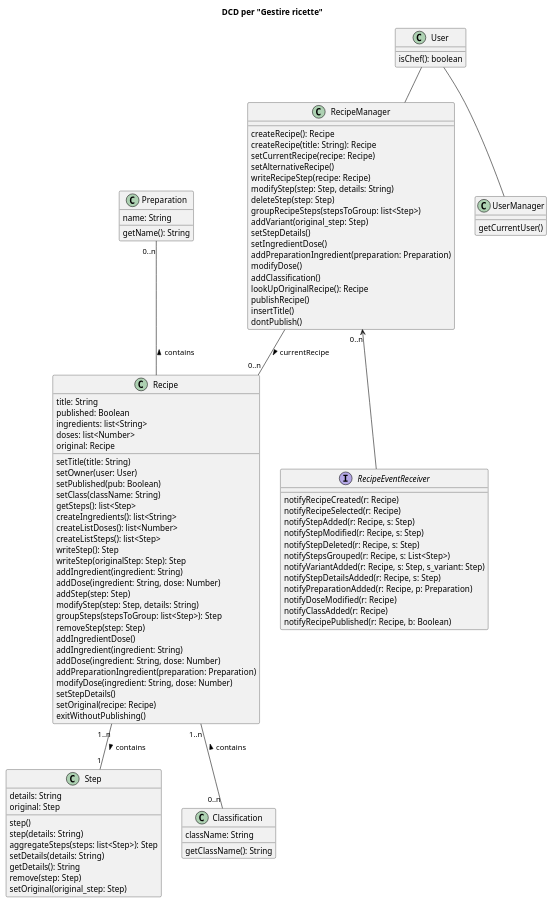
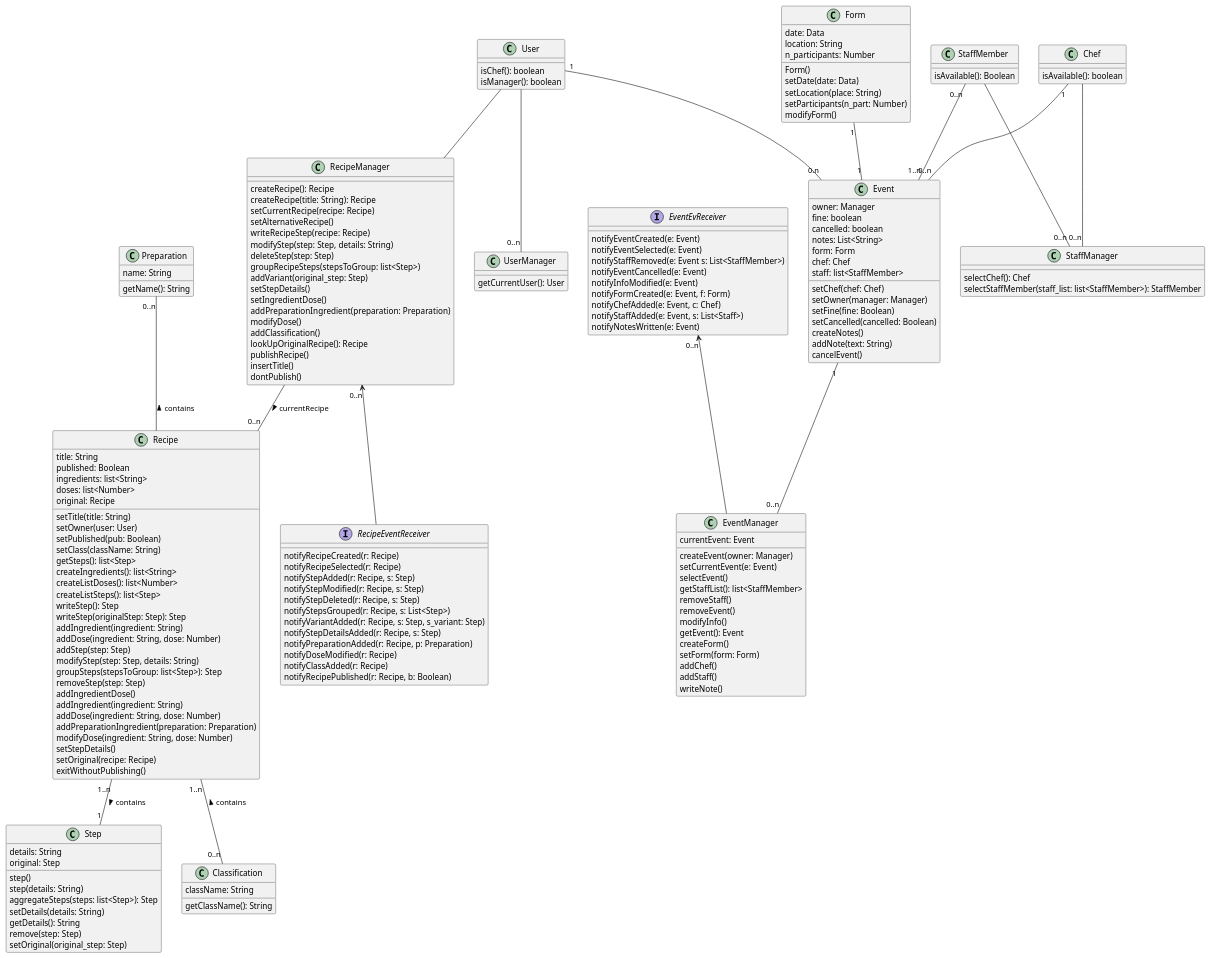
Before and after one commit to m0canu1/sas: the diagram in dcd/dcd-ricette.md, drawn with PlantUML. The commit also changed 21 other files, not shown here.

````diff
--- a/dcd/dcd-ricette.md
+++ b/dcd/dcd-ricette.md
@@ -1,5 +1,4 @@
 ```plantuml
-title: DCD per "Gestire ricette"
 Interface RecipeEventReceiver {
     notifyRecipeCreated(r: Recipe)
     notifyRecipeSelected(r: Recipe)
@@ -90,17 +89,103 @@
 
 
 Class UserManager {
-	getCurrentUser()
+	getCurrentUser(): User
 }
 
 Class User {
 	isChef(): boolean
+    isManager(): boolean
 }
 
 Class Classification {
     className: String
     getClassName(): String
 }
+
+Class Event {
+    owner: Manager
+    fine: boolean
+    cancelled: boolean
+    notes: List<String>
+    form: Form
+    chef: Chef
+    staff: list<StaffMember>
+    setChef(chef: Chef)
+    setOwner(manager: Manager)
+    setFine(fine: Boolean)
+    setCancelled(cancelled: Boolean)
+    createNotes()
+    addNote(text: String)
+    cancelEvent()
+}
+
+Interface EventEvReceiver{
+    notifyEventCreated(e: Event)
+    notifyEventSelected(e: Event)
+    notifyStaffRemoved(e: Event s: List<StaffMember>)
+    notifyEventCancelled(e: Event)
+    notifyInfoModified(e: Event)
+    notifyFormCreated(e: Event, f: Form)
+    notifyChefAdded(e: Event, c: Chef)
+    notifyStaffAdded(e: Event, s: List<Staff>)
+    notifyNotesWritten(e: Event)
+}
+
+Class EventManager {
+    currentEvent: Event
+    createEvent(owner: Manager)
+    setCurrentEvent(e: Event)
+    selectEvent()
+    getStaffList(): list<StaffMember>
+    removeStaff()
+    removeEvent()
+    modifyInfo()
+    getEvent(): Event
+    createForm()
+    setForm(form: Form)
+    addChef()
+    addStaff()
+    writeNote()
+}
+
+
+Class Form {
+    date: Data
+    location: String
+    n_participants: Number
+    Form()
+    setDate(date: Data)
+    setLocation(place: String)
+    setParticipants(n_part: Number)
+    modifyForm()
+}
+
+
+Class Chef {
+    isAvailable(): boolean
+}
+    
+Class StaffMember {
+    isAvailable(): Boolean
+}
+
+Class StaffManager {
+    selectChef(): Chef
+    selectStaffMember(staff_list: list<StaffMember>): StaffMember
+}
+
+
+EventEvReceiver "0..n" <-- EventManager
+
+User "1" -- "0.n" Event
+Event "1" -- "0..n" EventManager
+User -- "0..n" UserManager
+Form "1" -- "1" Event
+StaffMember -- "0..n" StaffManager
+Chef -- "0..n" StaffManager
+Chef "1" -- "0..n" Event
+StaffMember "0..n" -- "1..n" Event
+
 
 
 RecipeManager "0..n" <-- RecipeEventReceiver
@@ -111,7 +196,6 @@
 
 Recipe "1..n" -- "1" Step: contains >
 
-User -- UserManager
 
 Preparation "0..n" -- Recipe: contains <
 
````
